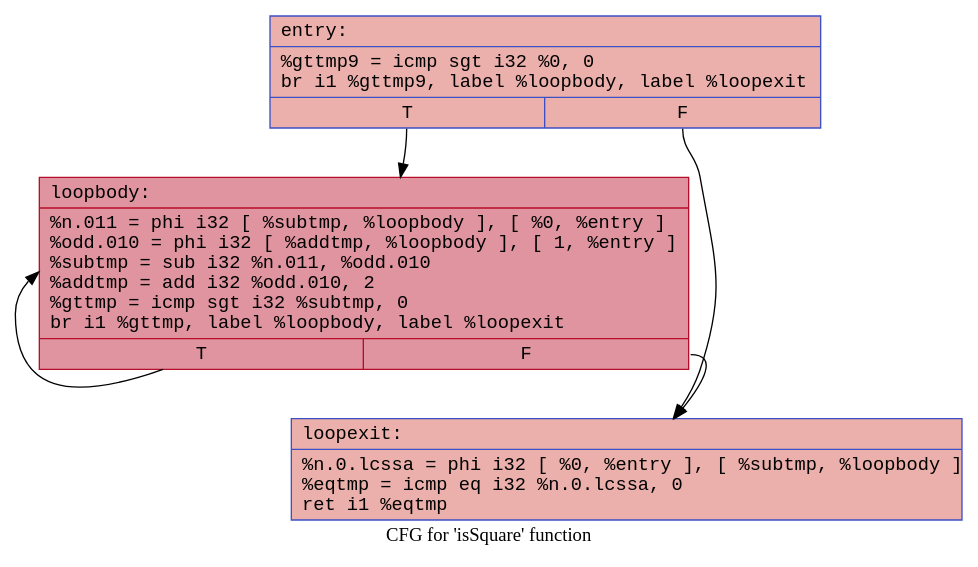
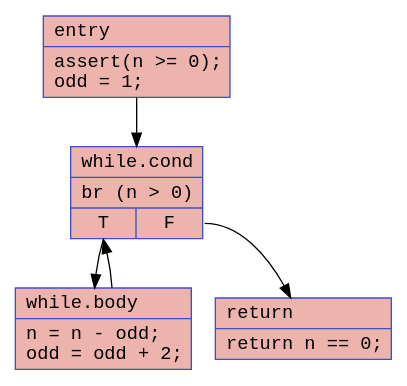
One commit to twanman1412/blueprintScript changed the second of 4 diagrams in examples/square_test/square_test.md. Above: the diagram before and after it, drawn with Graphviz. The commit also changed other lines of this file and 58 other files, not shown here.

````diff
--- a/examples/square_test/square_test.md
+++ b/examples/square_test/square_test.md
@@ -71,13 +30,15 @@
 ```dot
-digraph "CFG for 'isSquare' function" {
-	label="CFG for 'isSquare' function";
+digraph "CFG for isSquare" {
+	entry [shape=record, color="#3d50c3ff", style=filled, fillcolor="#d6524470", fontname="Courier", label="{entry\l|assert(n \>= 0);\lodd = 1;\l}"];
+	entry -> while_cond;
 
-	Node0x5611170bbd30 [shape=record,color="#3d50c3ff", style=filled, fillcolor="#d24b4070", fontname="Courier",label="{entry:\l|  %gttmp9 = icmp sgt i32 %0, 0\l  br i1 %gttmp9, label %loopbody, label %loopexit\l|{<s0>T|<s1>F}}"];
-	Node0x5611170bbd30:s0 -> Node0x5611170bbe70;
-	Node0x5611170bbd30:s1 -> Node0x5611170bc3a0;
-	Node0x5611170bbe70 [shape=record,color="#b70d28ff", style=filled, fillcolor="#b70d2870", fontname="Courier",label="{loopbody:\l|  %n.011 = phi i32 [ %subtmp, %loopbody ], [ %0, %entry ]\l  %odd.010 = phi i32 [ %addtmp, %loopbody ], [ 1, %entry ]\l  %subtmp = sub i32 %n.011, %odd.010\l  %addtmp = add i32 %odd.010, 2\l  %gttmp = icmp sgt i32 %subtmp, 0\l  br i1 %gttmp, label %loopbody, label %loopexit\l|{<s0>T|<s1>F}}"];
-	Node0x5611170bbe70:s0 -> Node0x5611170bbe70;
-	Node0x5611170bbe70:s1 -> Node0x5611170bc3a0;
-	Node0x5611170bc3a0 [shape=record,color="#3d50c3ff", style=filled, fillcolor="#d24b4070", fontname="Courier",label="{loopexit:\l|  %n.0.lcssa = phi i32 [ %0, %entry ], [ %subtmp, %loopbody ]\l  %eqtmp = icmp eq i32 %n.0.lcssa, 0\l  ret i1 %eqtmp\l}"];
+	while_cond [shape=record, color="#3d50c3ff", style=filled, fillcolor="#d6524470", fontname="Courier", label="{while.cond\l|br (n \> 0)\l|{<s0>T|<s1>F}}"];
+	while_cond:s0 -> while_body;
+	while_cond:s1 -> ret;
+
+	while_body [shape=record, color="#3d50c3ff", style=filled, fillcolor="#d6524470", fontname="Courier", label="{while.body\l|n = n - odd;\lodd = odd + 2;\l}"];
+	while_body -> while_cond;
+
+	ret [shape=record, color="#3d50c3ff", style=filled, fillcolor="#d6524470", fontname="Courier", label="{return\l|return n == 0;\l}"];
 }
 ```
````
